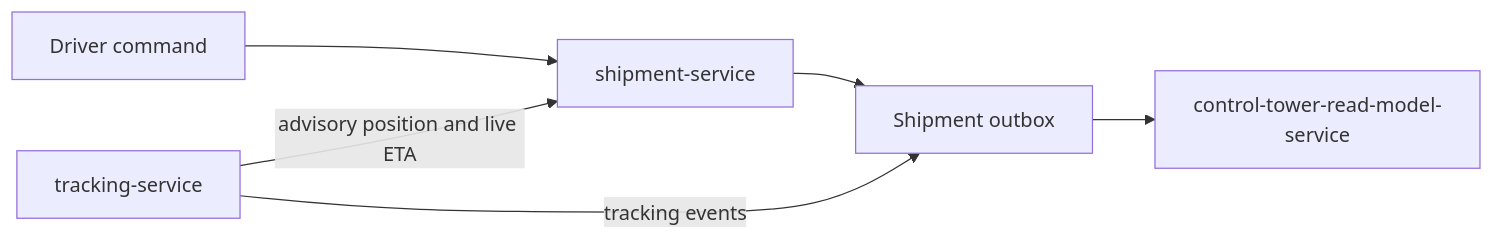
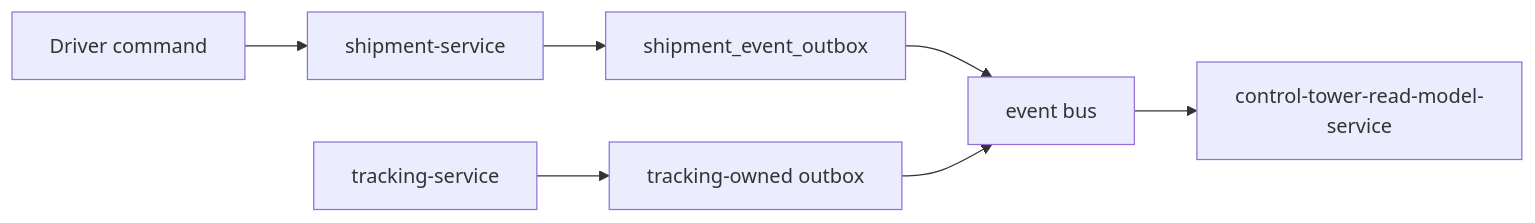
One commit to f9999737292-bit/Freihgt-platform changed the diagram in docs/architecture/tms-multistop/EVENTS.md. Above: the diagram before and after it, drawn with Mermaid. The commit also changed other lines of this file and 20 other files, not shown here.

````diff
--- a/docs/architecture/tms-multistop/EVENTS.md
+++ b/docs/architecture/tms-multistop/EVENTS.md
@@ -57,13 +49,16 @@
 ```mermaid
 flowchart LR
   Driver[Driver command]
   Shipment[shipment-service]
+  ShipOutbox[shipment_event_outbox]
   Tracking[tracking-service]
-  Outbox[Shipment outbox]
+  TrackOutbox[tracking-owned outbox]
+  Bus[event bus]
   Tower[control-tower-read-model-service]
   Driver --> Shipment
-  Tracking -->|advisory position and live ETA| Shipment
-  Shipment --> Outbox
-  Tracking -->|tracking events| Outbox
-  Outbox --> Tower
+  Shipment --> ShipOutbox
+  ShipOutbox --> Bus
+  Tracking --> TrackOutbox
+  TrackOutbox --> Bus
+  Bus --> Tower
 ```
````
